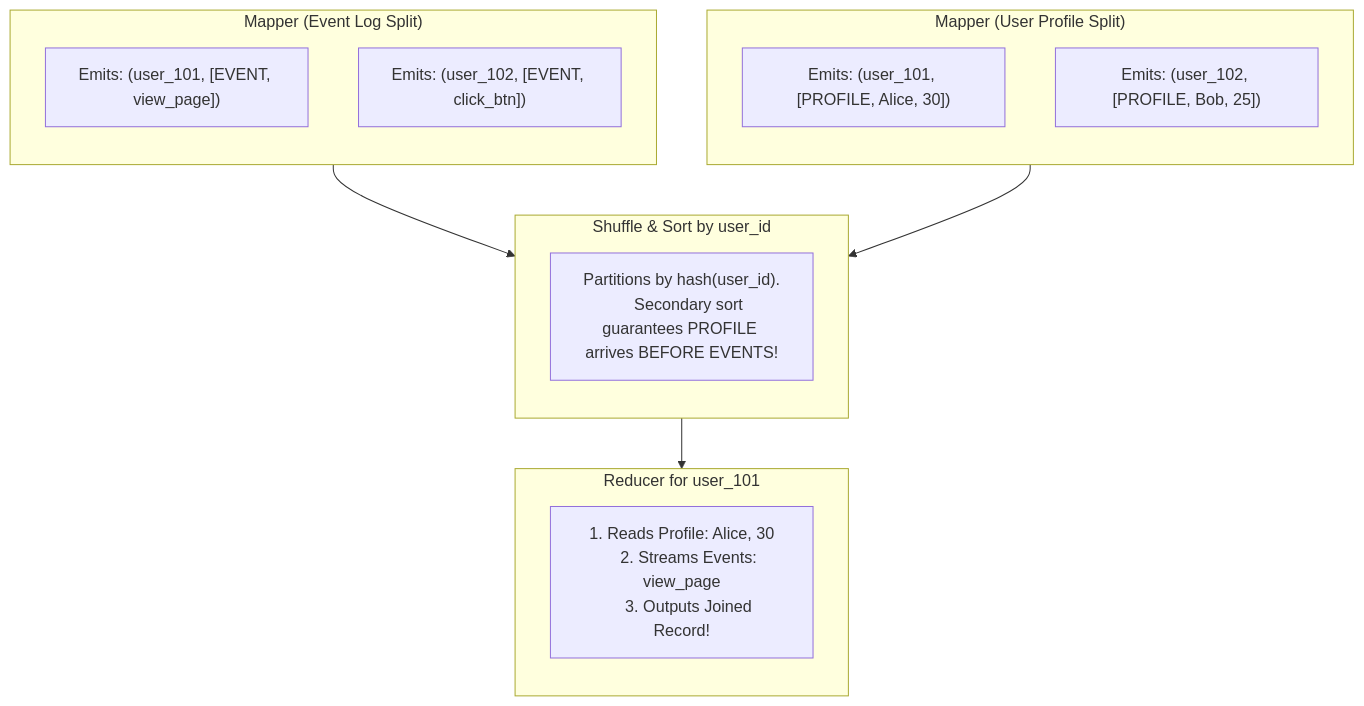
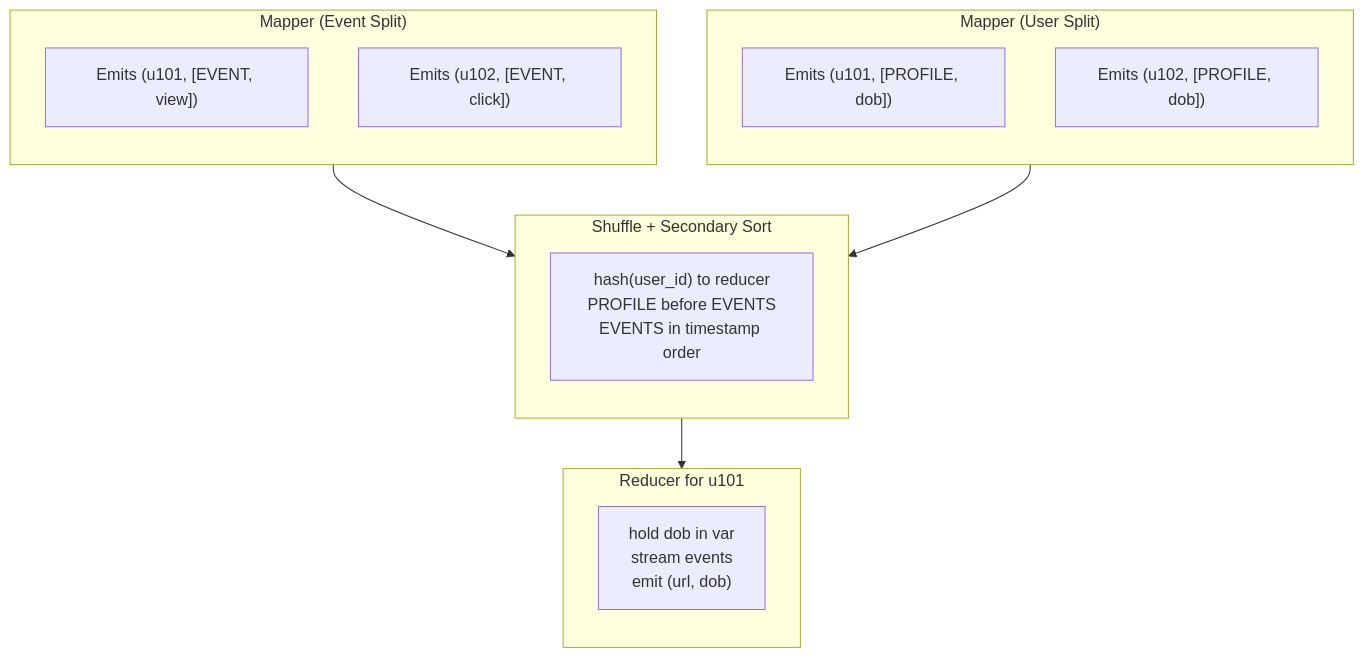
Before and after one commit to 1mimhe/books-summery: the third of 4 diagrams in 01 Designing Data-Intensive Applications/chapter-11-batch-processing.md, drawn with Mermaid. The commit also changed other lines of this file and 3 other files, not shown here.

````diff
--- a/01 Designing Data-Intensive Applications/chapter-11-batch-processing.md
+++ b/01 Designing Data-Intensive Applications/chapter-11-batch-processing.md
@@ -267,31 +302,24 @@
 ```mermaid
 flowchart TD
-  subgraph MAP_A["Mapper (Event Log Split)"]
+  subgraph MAP_A["Mapper (Event Split)"]
     direction TB
-    MA1["Emits: (user_101, [EVENT, view_page])"]
-    MA2["Emits: (user_102, [EVENT, click_btn])"]
+    MA1["Emits (u101, [EVENT, view])"]
+    MA2["Emits (u102, [EVENT, click])"]
   end
-
-  subgraph MAP_B["Mapper (User Profile Split)"]
+  subgraph MAP_B["Mapper (User Split)"]
     direction TB
-    MB1["Emits: (user_101, [PROFILE, Alice, 30])"]
-    MB2["Emits: (user_102, [PROFILE, Bob, 25])"]
+    MB1["Emits (u101, [PROFILE, dob])"]
+    MB2["Emits (u102, [PROFILE, dob])"]
   end
-
-  subgraph SHUFFLE["Shuffle & Sort by user_id"]
+  subgraph SHUF["Shuffle + Secondary Sort"]
     direction TB
-    SORT["Partitions by hash(user_id).
-    Secondary sort guarantees PROFILE arrives BEFORE EVENTS!"]
+    SORT["hash(user_id) to reducer<br/>PROFILE before EVENTS<br/>EVENTS in timestamp order"]
   end
-
-  subgraph REDUCE["Reducer for user_101"]
+  subgraph RED["Reducer for u101"]
     direction TB
-    R_EXEC["1. Reads Profile: Alice, 30
-    2. Streams Events: view_page
-    3. Outputs Joined Record!"]
+    REX["hold dob in var<br/>stream events<br/>emit (url, dob)"]
   end
-
-  MAP_A --> SHUFFLE
-  MAP_B --> SHUFFLE
-  SHUFFLE --> REDUCE
+  MAP_A --> SHUF
+  MAP_B --> SHUF
+  SHUF --> RED
 ```
````
